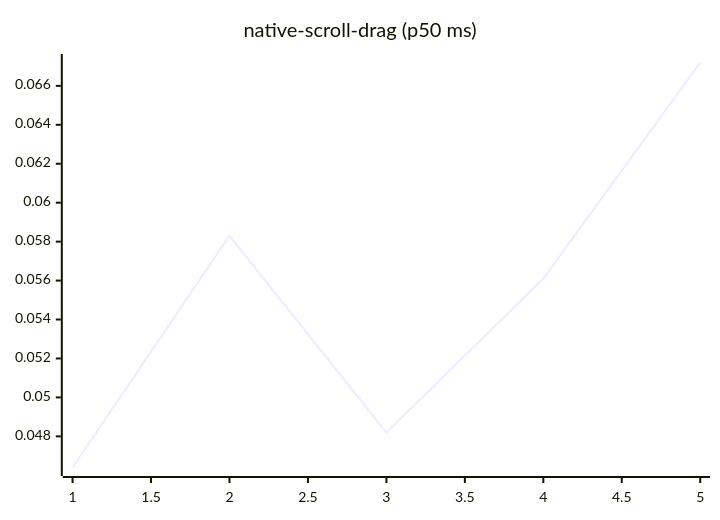
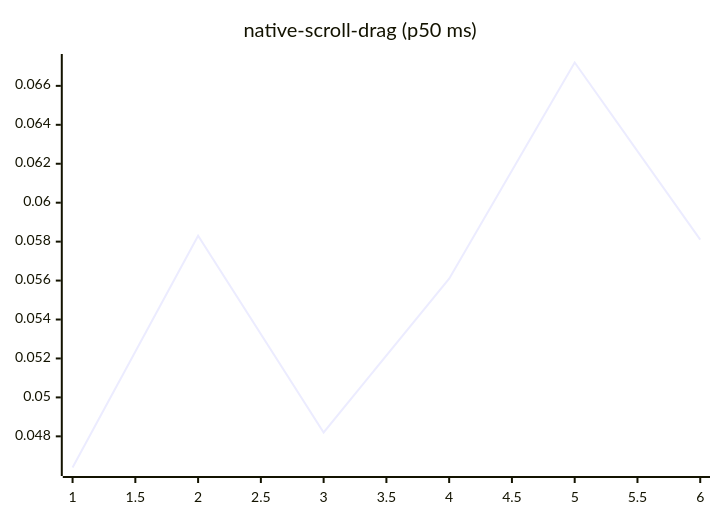
Before and after one commit to josha/Facet: diagram 14 of 27 in README.md, drawn with Mermaid. The commit also changed other lines of this file and 2 other files, not shown here.

````diff
--- a/README.md
+++ b/README.md
@@ -154,6 +154,6 @@
 ```mermaid
 xychart-beta
     title "native-scroll-drag (p50 ms)"
-    x-axis 1 --> 5
-    line [0.0464, 0.0583, 0.0482, 0.0561, 0.0672]
+    x-axis 1 --> 6
+    line [0.0464, 0.0583, 0.0482, 0.0561, 0.0672, 0.0581]
 ```
````
